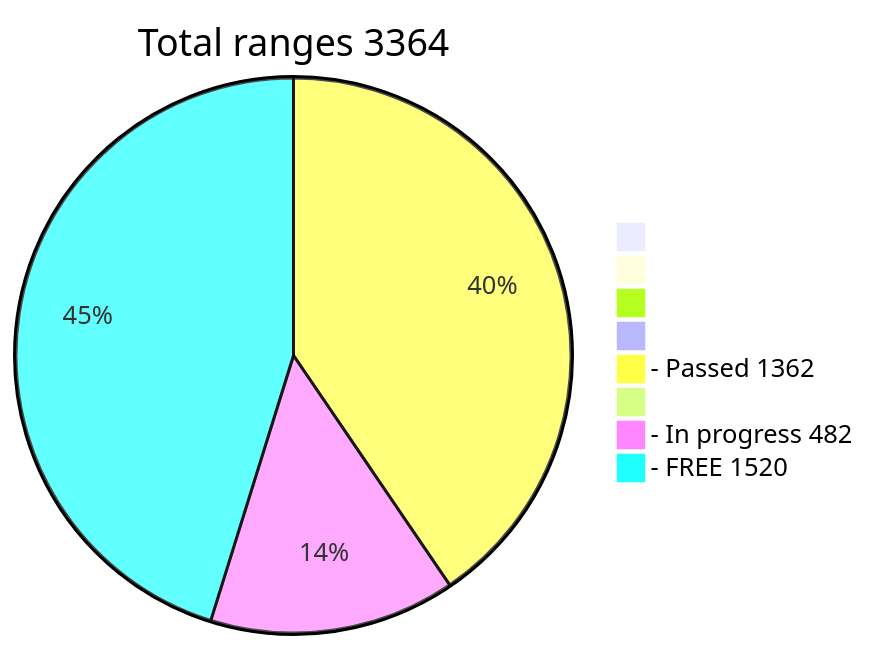
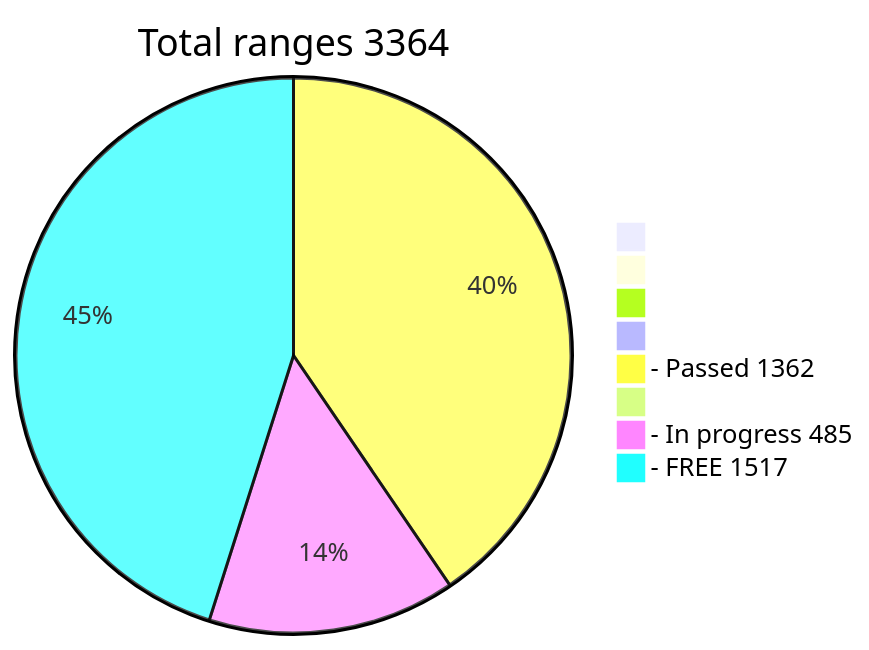
One commit to phrutis/wif500 changed the diagram in README.md. Above: the diagram before and after it, drawn with Mermaid.

````diff
--- a/README.md
+++ b/README.md
@@ -16,12 +16,12 @@
 ```mermaid
 pie title Total ranges 3364
              " " : 0
             "  " : 0
            "   " : 0
           "    " : 0
   "- Passed 1362" : 1362
          "     " : 0
-  "- In progress 482" : 482
-   "- FREE 1520" : 1520
+  "- In progress 485" : 485
+   "- FREE 1517" : 1517
    
 ```
````
